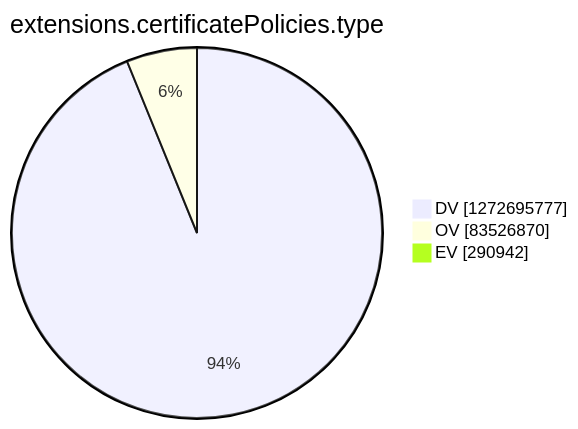
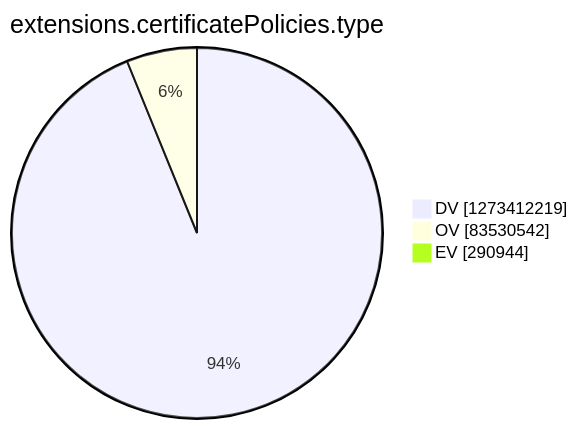
One commit to christiankrug/ctmonitor_visualization changed the tenth of 15 diagrams in argon2022/README.md. Above: the diagram before and after it, drawn with Mermaid. The commit also changed other lines of this file, not shown here.

````diff
--- a/argon2022/README.md
+++ b/argon2022/README.md
@@ -2771,7 +2771,7 @@
 ```mermaid
 pie showData
 title extensions.certificatePolicies.type
-"DV" :1272695777
-"OV" :83526870
-"EV" :290942
+"DV" :1273412219
+"OV" :83530542
+"EV" :290944
 ```
````
